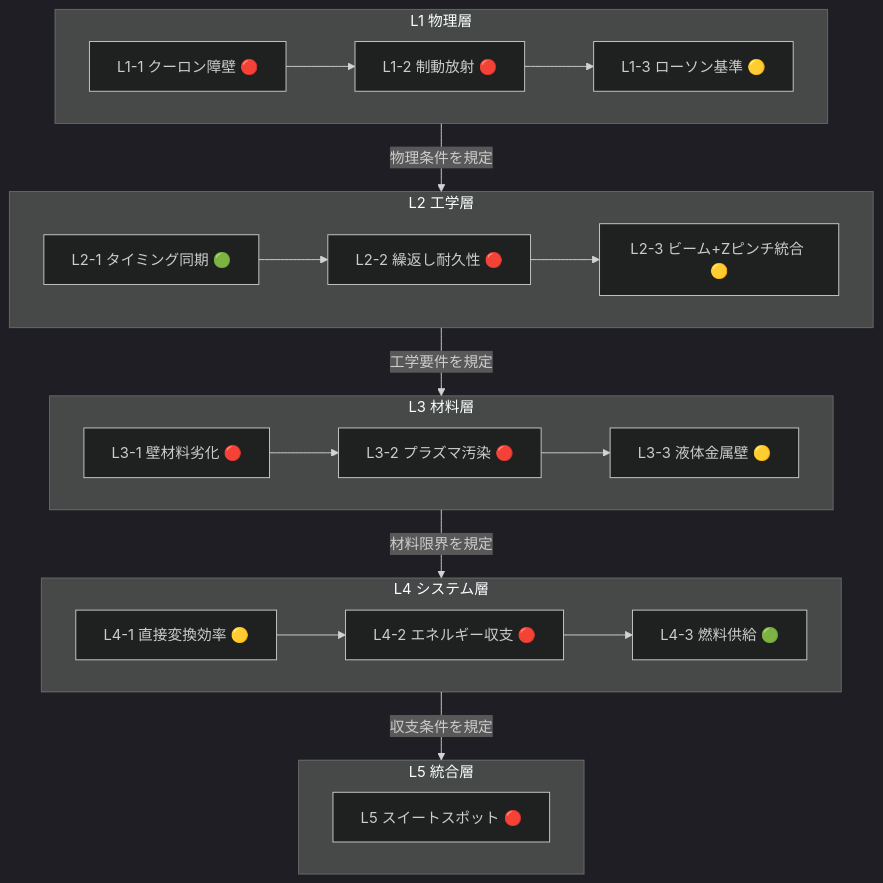
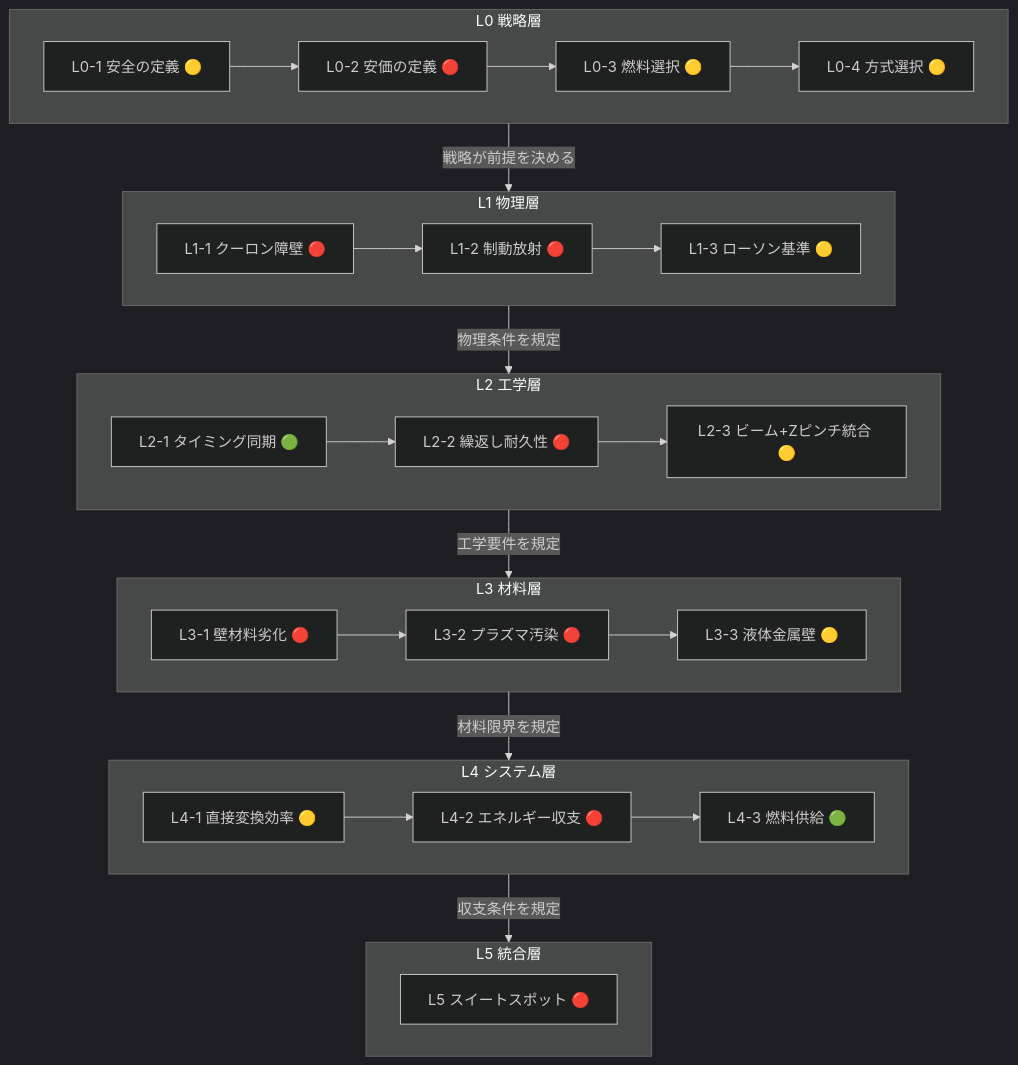
Before and after one commit to GoodRelax/pb11-fusion: the third of 4 diagrams in yomons/overview.md, drawn with Mermaid (dark theme). The commit also changed other lines of this file, not shown here.

````diff
--- a/yomons/overview.md
+++ b/yomons/overview.md
@@ -680,31 +809,37 @@
 ```mermaid
 flowchart TD
+    subgraph L0 ["L0 戦略層"]
+        direction LR
+        L0A["L0-1 安全の定義 🟡"] --> L0B["L0-2 安価の定義 🔴"] --> L0C["L0-3 燃料選択 🟡"] --> L0D["L0-4 方式選択 🟡"]
+    end
+
     subgraph L1 ["L1 物理層"]
         direction LR
         L1A["L1-1 クーロン障壁 🔴"] --> L1B["L1-2 制動放射 🔴"] --> L1C["L1-3 ローソン基準 🟡"]
     end
 
     subgraph L2 ["L2 工学層"]
         direction LR
         L2A["L2-1 タイミング同期 🟢"] --> L2B["L2-2 繰返し耐久性 🔴"] --> L2C["L2-3 ビーム+Zピンチ統合 🟡"]
     end
 
     subgraph L3 ["L3 材料層"]
         direction LR
         L3A["L3-1 壁材料劣化 🔴"] --> L3B["L3-2 プラズマ汚染 🔴"] --> L3C["L3-3 液体金属壁 🟡"]
     end
 
     subgraph L4 ["L4 システム層"]
         direction LR
         L4A["L4-1 直接変換効率 🟡"] --> L4B["L4-2 エネルギー収支 🔴"] --> L4C["L4-3 燃料供給 🟢"]
     end
 
     subgraph L5 ["L5 統合層"]
         L5A["L5 スイートスポット 🔴"]
     end
 
+    L0 -->|"戦略が前提を決める"| L1
     L1 -->|"物理条件を規定"| L2
     L2 -->|"工学要件を規定"| L3
     L3 -->|"材料限界を規定"| L4
     L4 -->|"収支条件を規定"| L5
 ```
````
